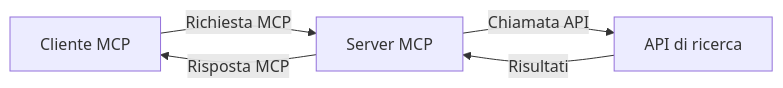
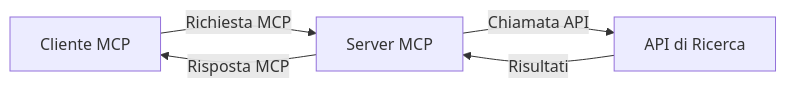
Before and after one commit to microsoft/mcp-for-beginners: the second of 4 diagrams in translations/it/05-AdvancedTopics/mcp-realtimesearch/README.md, drawn with Mermaid. The commit also changed other lines of this file and 134 other files, not shown here.

````diff
--- a/translations/it/05-AdvancedTopics/mcp-realtimesearch/README.md
+++ b/translations/it/05-AdvancedTopics/mcp-realtimesearch/README.md
@@ -598,7 +600,7 @@
 ```mermaid
 graph LR
     Client[Cliente MCP] --> |Richiesta MCP| Server[Server MCP]
-    Server --> |Chiamata API| SearchAPI[API di ricerca]
+    Server --> |Chiamata API| SearchAPI[API di Ricerca]
     SearchAPI --> |Risultati| Server
     Server --> |Risposta MCP| Client
 ```
````
